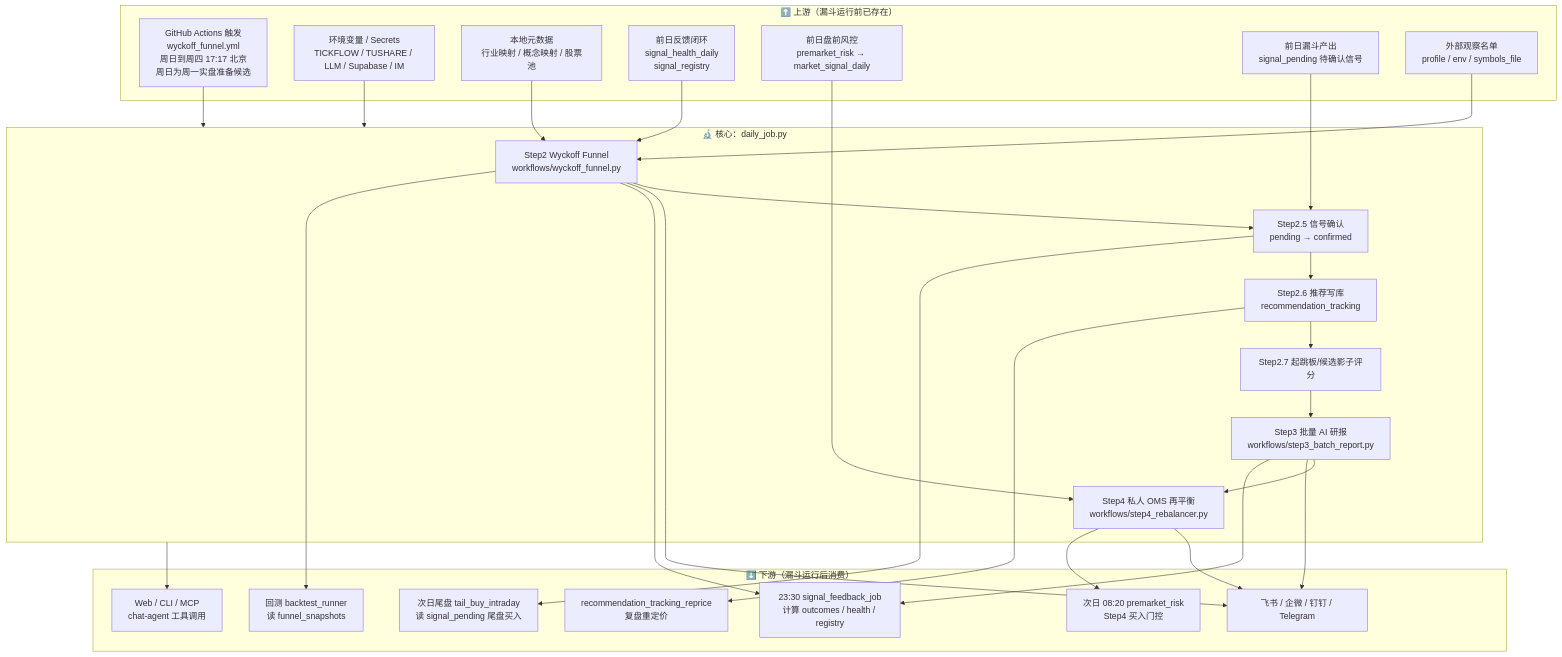
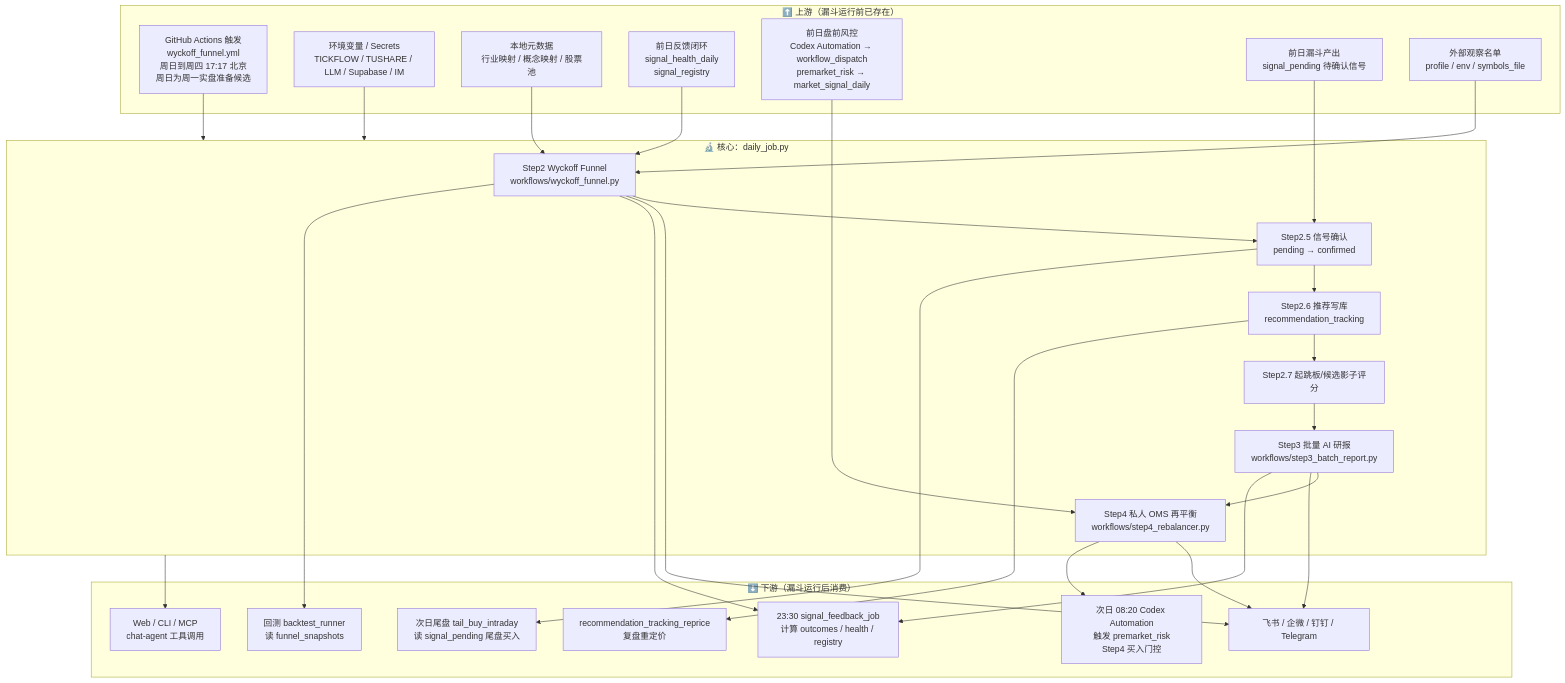
Before and after one commit to niyoh120/Wyckoff-Analysis: the first of 7 diagrams in docs/A_SHARE_FUNNEL_FLOW.md, drawn with Mermaid. The commit also changed other lines of this file and 11 other files, not shown here.

````diff
--- a/docs/A_SHARE_FUNNEL_FLOW.md
+++ b/docs/A_SHARE_FUNNEL_FLOW.md
@@ -12,53 +12,53 @@
 ```mermaid
 flowchart TB
     subgraph UPSTREAM["⬆️ 上游（漏斗运行前已存在）"]
         U1["GitHub Actions 触发<br/>wyckoff_funnel.yml<br/>周日到周四 17:17 北京<br/>周日为周一实盘准备候选"]
         U2["环境变量 / Secrets<br/>TICKFLOW / TUSHARE / LLM / Supabase / IM"]
         U3["本地元数据<br/>行业映射 / 概念映射 / 股票池"]
         U4["前日反馈闭环<br/>signal_health_daily<br/>signal_registry"]
-        U5["前日盘前风控<br/>premarket_risk → market_signal_daily"]
+        U5["前日盘前风控<br/>Codex Automation → workflow_dispatch<br/>premarket_risk → market_signal_daily"]
         U6["前日漏斗产出<br/>signal_pending 待确认信号"]
         U7["外部观察名单<br/>profile / env / symbols_file"]
     end
 
     subgraph CORE["🔬 核心：daily_job.py"]
         S2["Step2 Wyckoff Funnel<br/>workflows/wyckoff_funnel.py"]
         S25["Step2.5 信号确认<br/>pending → confirmed"]
         S26["Step2.6 推荐写库<br/>recommendation_tracking"]
         S27["Step2.7 起跳板/候选影子评分"]
         S3["Step3 批量 AI 研报<br/>workflows/step3_batch_report.py"]
         S4["Step4 私人 OMS 再平衡<br/>workflows/step4_rebalancer.py"]
     end
 
     subgraph DOWNSTREAM["⬇️ 下游（漏斗运行后消费）"]
         D1["23:30 signal_feedback_job<br/>计算 outcomes / health / registry"]
-        D2["次日 08:20 premarket_risk<br/>Step4 买入门控"]
+        D2["次日 08:20 Codex Automation<br/>触发 premarket_risk<br/>Step4 买入门控"]
         D3["次日尾盘 tail_buy_intraday<br/>读 signal_pending 尾盘买入"]
         D4["Web / CLI / MCP<br/>chat-agent 工具调用"]
         D5["回测 backtest_runner<br/>读 funnel_snapshots"]
         D6["recommendation_tracking_reprice<br/>复盘重定价"]
         D7["飞书 / 企微 / 钉钉 / Telegram"]
     end
 
     U1 --> CORE
     U2 --> CORE
     U3 --> S2
     U4 --> S2
     U5 --> S4
     U6 --> S25
     U7 --> S2
 
     S2 --> S25 --> S26 --> S27 --> S3 --> S4
 
     S2 --> D7
     S3 --> D7
     S4 --> D7
 
     S2 --> D1
     S3 --> D1
     S4 --> D2
     S25 --> D3
     S26 --> D6
     S2 --> D5
     CORE --> D4
 ```
````
